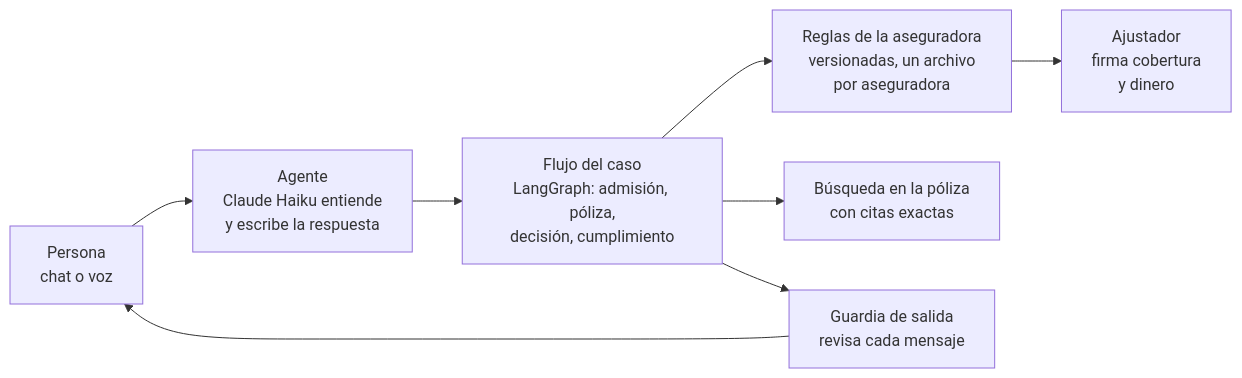
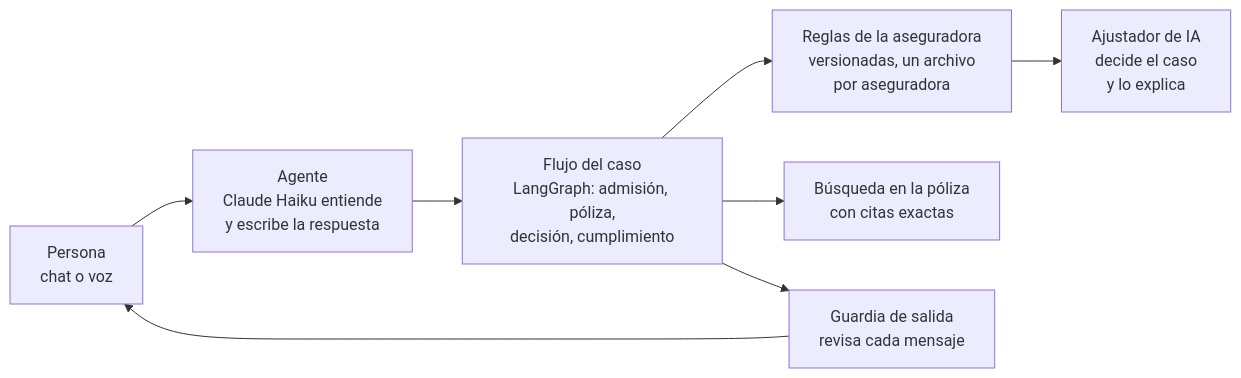
The diagram in README.es.md (miguelczz/cautelia), drawn with Mermaid before and after one commit. The commit also changed other lines of this file and 26 other files, not shown here.

````diff
--- a/README.es.md
+++ b/README.es.md
@@ -63,10 +61,10 @@
 ```mermaid
 flowchart LR
   P["Persona<br/>chat o voz"] --> A["Agente<br/>Claude Haiku entiende<br/>y escribe la respuesta"]
   A --> G["Flujo del caso<br/>LangGraph: admisión, póliza,<br/>decisión, cumplimiento"]
   G --> R["Reglas de la aseguradora<br/>versionadas, un archivo<br/>por aseguradora"]
   G --> C["Búsqueda en la póliza<br/>con citas exactas"]
-  R --> I["Ajustador<br/>firma cobertura<br/>y dinero"]
+  R --> I["Ajustador de IA<br/>decide el caso<br/>y lo explica"]
   G --> O["Guardia de salida<br/>revisa cada mensaje"]
   O --> P
 ```
````
